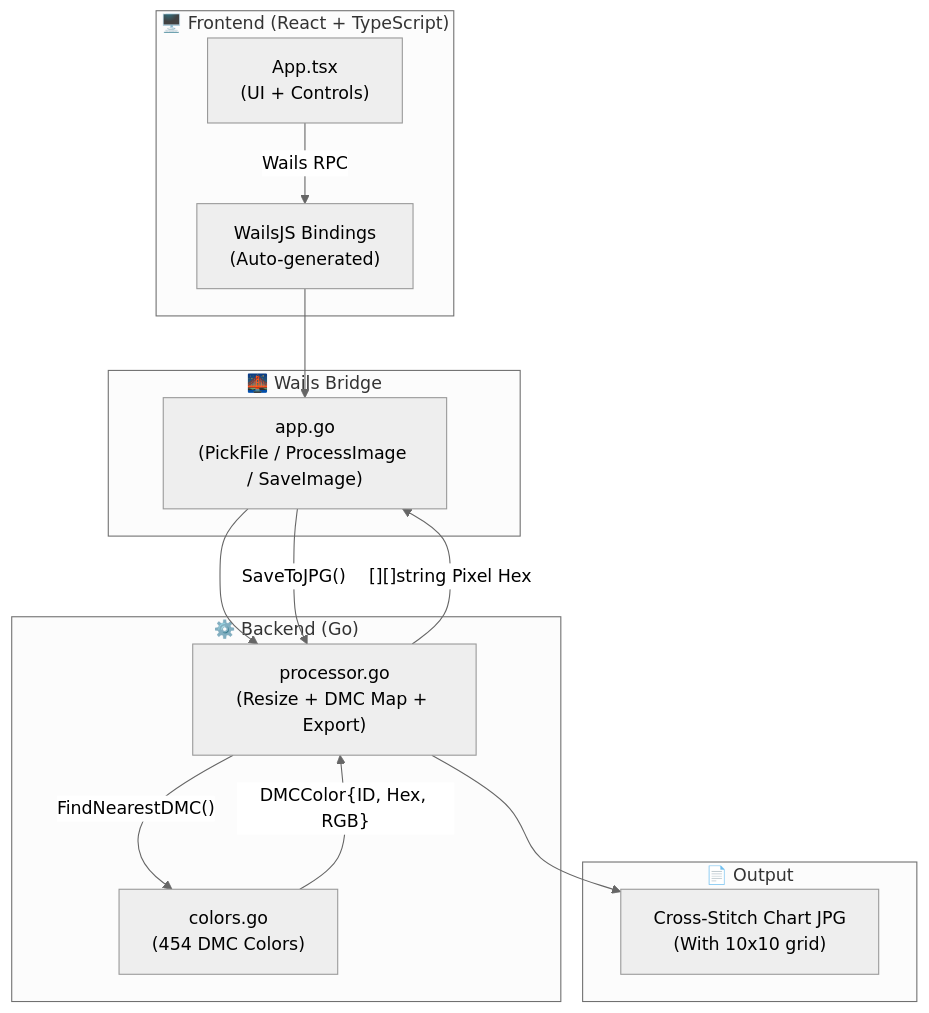
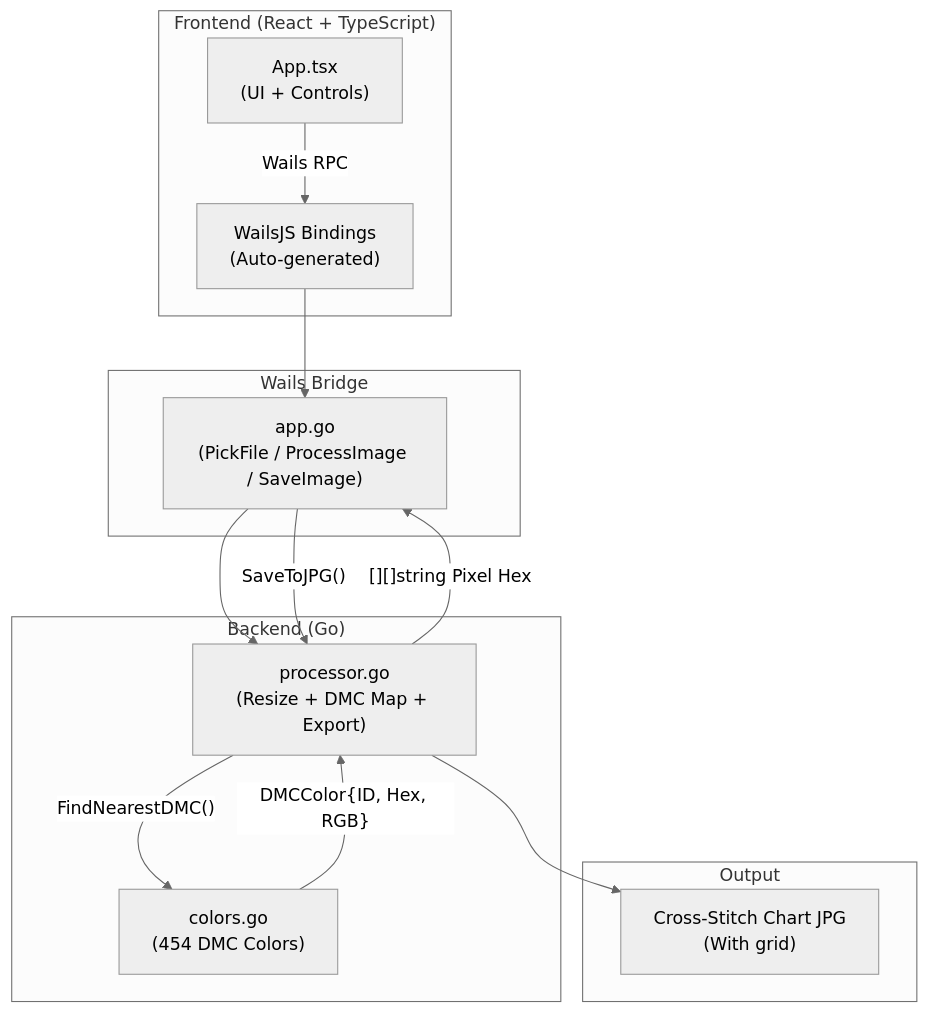
Before and after one commit to erascardsilva/pontoCrz: the diagram in README.md, drawn with Mermaid (neutral theme). The commit also changed other lines of this file, not shown here.

````diff
--- a/README.md
+++ b/README.md
@@ -34,29 +34,29 @@
 ```mermaid
 graph TB
-    subgraph Frontend ["🖥️ Frontend (React + TypeScript)"]
+    subgraph Frontend ["Frontend (React + TypeScript)"]
         UI["App.tsx\n(UI + Controls)"]
         Bindings["WailsJS Bindings\n(Auto-generated)"]
     end
 
-    subgraph Bridge ["🌉 Wails Bridge"]
+    subgraph Bridge ["Wails Bridge"]
         App_go["app.go\n(PickFile / ProcessImage / SaveImage)"]
     end
 
-    subgraph Backend ["⚙️ Backend (Go)"]
+    subgraph Backend ["Backend (Go)"]
         Processor["processor.go\n(Resize + DMC Map + Export)"]
         Colors["colors.go\n(454 DMC Colors)"]
     end
 
-    subgraph Output ["📄 Output"]
-        JPG["Cross-Stitch Chart JPG\n(With 10x10 grid)"]
+    subgraph Output ["Output"]
+        JPG["Cross-Stitch Chart JPG\n(With grid)"]
     end
 
     UI -- "Wails RPC" --> Bindings
     Bindings --> App_go
     App_go --> Processor
     Processor -- "FindNearestDMC()" --> Colors
     Colors -- "DMCColor{ID, Hex, RGB}" --> Processor
     Processor -- "[][]string Pixel Hex" --> App_go
     App_go -- "SaveToJPG()" --> Processor
     Processor --> JPG
 ```
````
